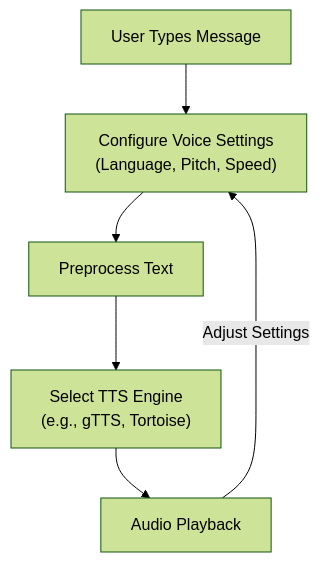
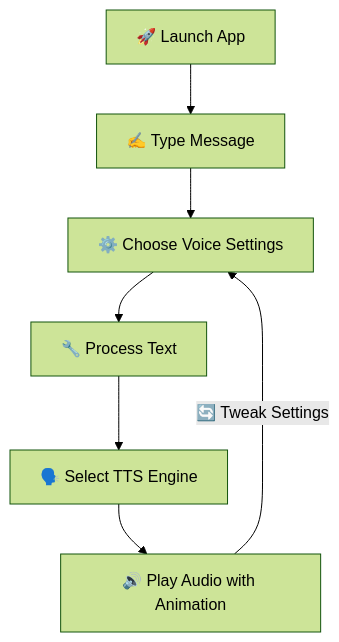
One commit to Parham-Dehghan/ai-eyes-for-the-blind changed the first of 4 diagrams in README.md. Above: the diagram before and after it, drawn with Mermaid (forest theme). The commit also changed other lines of this file, not shown here.

````diff
--- a/README.md
+++ b/README.md
@@ -28,8 +28,9 @@
 ```mermaid
 flowchart TD
-    Input[User Types Message] --> Config["Configure Voice Settings\n(Language, Pitch, Speed)"]
-    Config --> Process[Preprocess Text]
-    Process --> Engine["Select TTS Engine\n(e.g., gTTS, Tortoise)"]
-    Engine --> Output[Audio Playback]
-    Output -->|Adjust Settings| Config
+    Start[🚀 Launch App] --> Input[✍️ Type Message]
+    Input --> Config[⚙️ Choose Voice Settings]
+    Config --> Process[🔧 Process Text]
+    Process --> Engine[🗣️ Select TTS Engine]
+    Engine --> Output[🔊 Play Audio with Animation]
+    Output -->|🔄 Tweak Settings| Config
 ```
````
